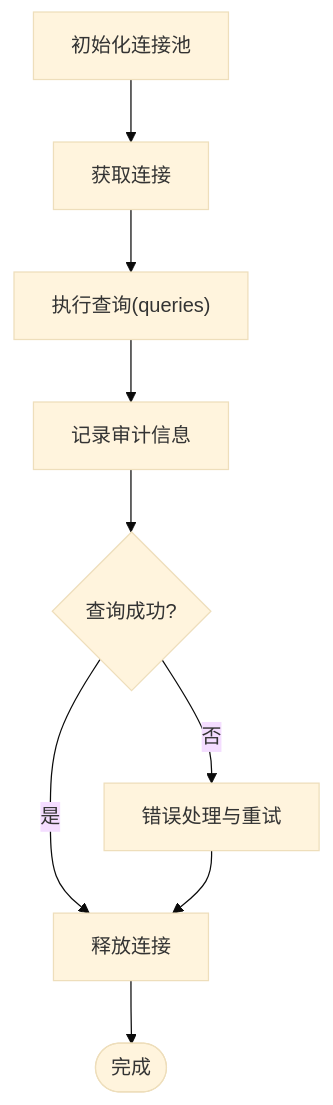
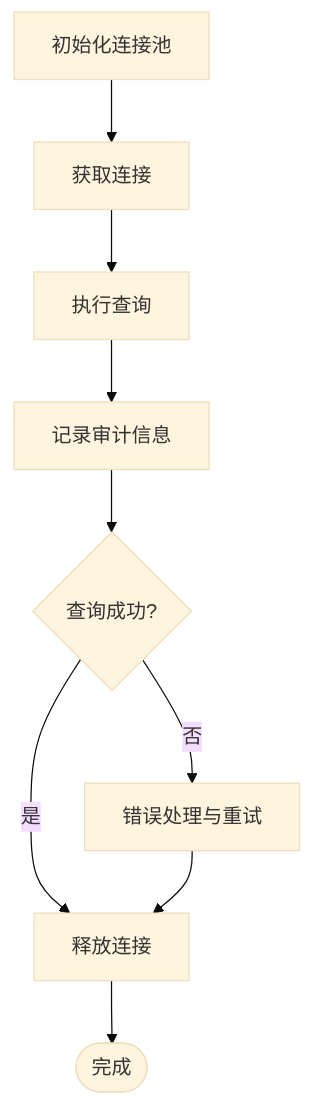
Before and after one commit to Maki3991/study-PactLedger: the sixth of 10 diagrams in .qoder/repowiki/zh/content/核心组件/双服务器架构.md, drawn with Mermaid (base theme). The commit also changed other lines of this file and 8 other files, not shown here.

````diff
--- a/.qoder/repowiki/zh/content/核心组件/双服务器架构.md
+++ b/.qoder/repowiki/zh/content/核心组件/双服务器架构.md
@@ -359,11 +284,11 @@
 ```mermaid
 flowchart TD
 Init["初始化连接池"] --> Acquire["获取连接"]
-Acquire --> Query["执行查询(queries)"]
+Acquire --> Query["执行查询"]
 Query --> Audit["记录审计信息"]
 Audit --> Result{"查询成功?"}
 Result --> |是| Release["释放连接"]
 Result --> |否| HandleErr["错误处理与重试"]
 HandleErr --> Release
 Release --> Done(["完成"])
 ```
````
